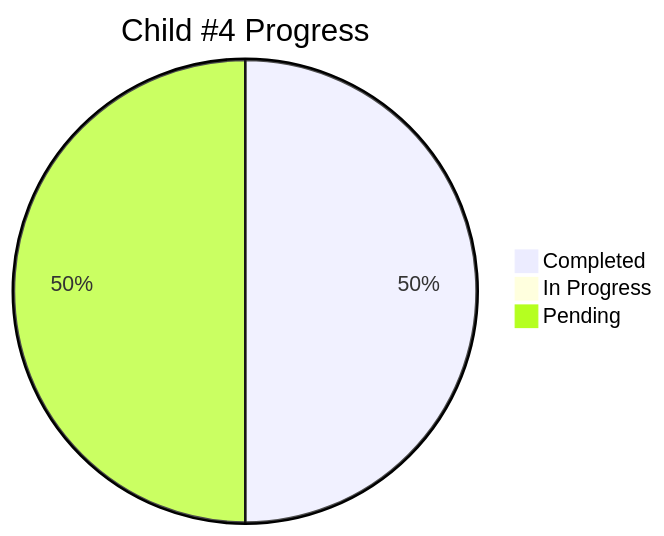
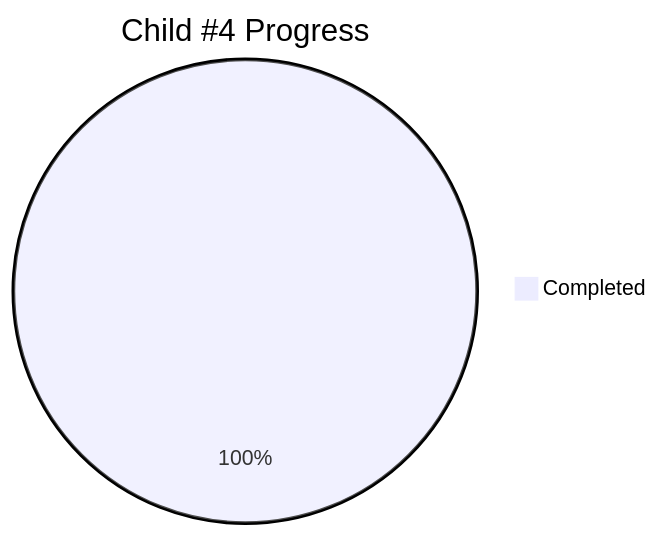
One commit to info-tech-io/info-tech-io.github.io changed the diagram in docs/proposals/epic-2-github-pages-federation/child-4-docs-federation/progress.md. Above: the diagram before and after it, drawn with Mermaid. The commit also changed other lines of this file and 2 other files, not shown here.

First line of the commit message:
docs: Complete Child #4 (Documentation Federation) - Epic #2 progress update

````diff
--- a/docs/proposals/epic-2-github-pages-federation/child-4-docs-federation/progress.md
+++ b/docs/proposals/epic-2-github-pages-federation/child-4-docs-federation/progress.md
@@ -11,6 +12,4 @@
 ```mermaid
 pie title Child #4 Progress
-    "Completed" : 50
-    "In Progress" : 0
-    "Pending" : 50
+    "Completed" : 100
 ```
````
